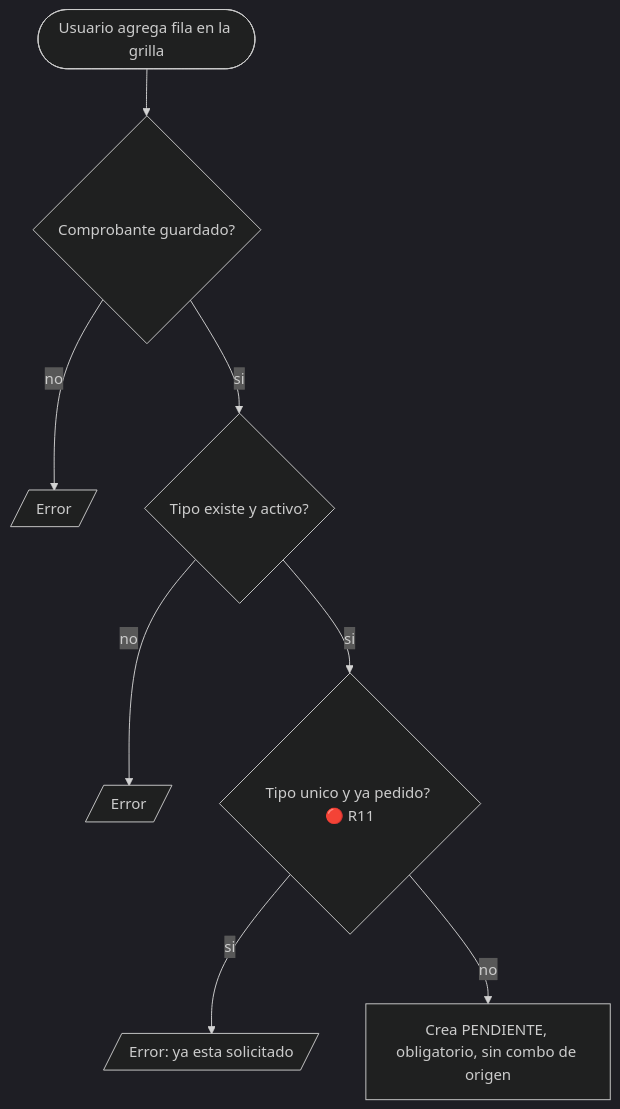
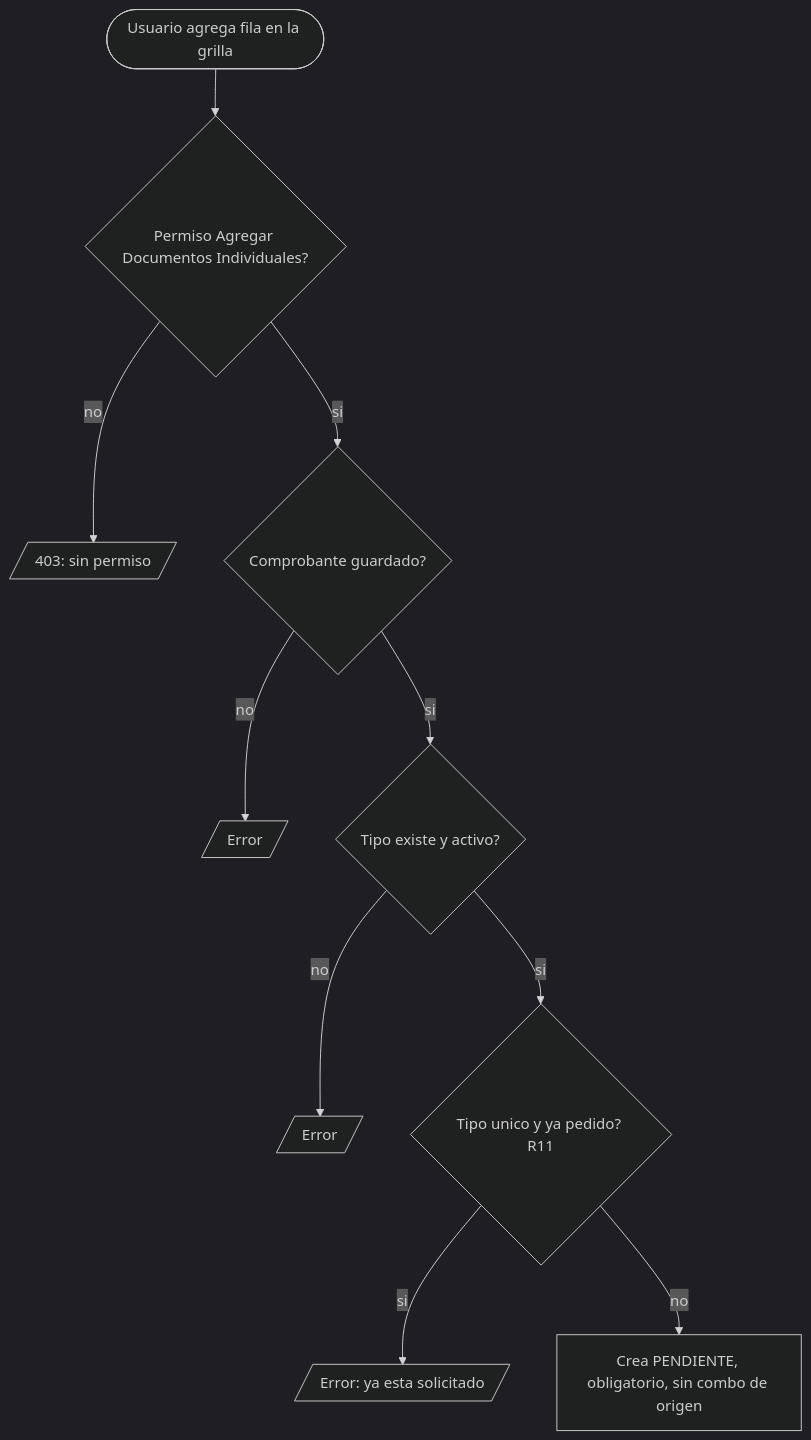
One commit to jhonomar26/GUIA-MD changed the second of 3 diagrams in contabilidad/expediente-virtual-carga/IMPLEMENTACION.md. Above: the diagram before and after it, drawn with Mermaid (dark theme). The commit also changed other lines of this file and 27 other files, not shown here.

````diff
--- a/contabilidad/expediente-virtual-carga/IMPLEMENTACION.md
+++ b/contabilidad/expediente-virtual-carga/IMPLEMENTACION.md
@@ -37,10 +38,12 @@
 ```mermaid
 flowchart TD
-    A([Usuario agrega fila en la grilla]) --> B{Comprobante guardado?}
+    A([Usuario agrega fila en la grilla]) --> P{Permiso Agregar Documentos Individuales?}
+    P -- no --> X0[/403: sin permiso/]
+    P -- si --> B{Comprobante guardado?}
     B -- no --> X1[/Error/]
     B -- si --> C{Tipo existe y activo?}
     C -- no --> X2[/Error/]
-    C -- si --> D{Tipo unico y ya pedido? 🔴 R11}
+    C -- si --> D{Tipo unico y ya pedido? R11}
     D -- si --> X3[/Error: ya esta solicitado/]
     D -- no --> E[Crea PENDIENTE, obligatorio, sin combo de origen]
 ```
````
